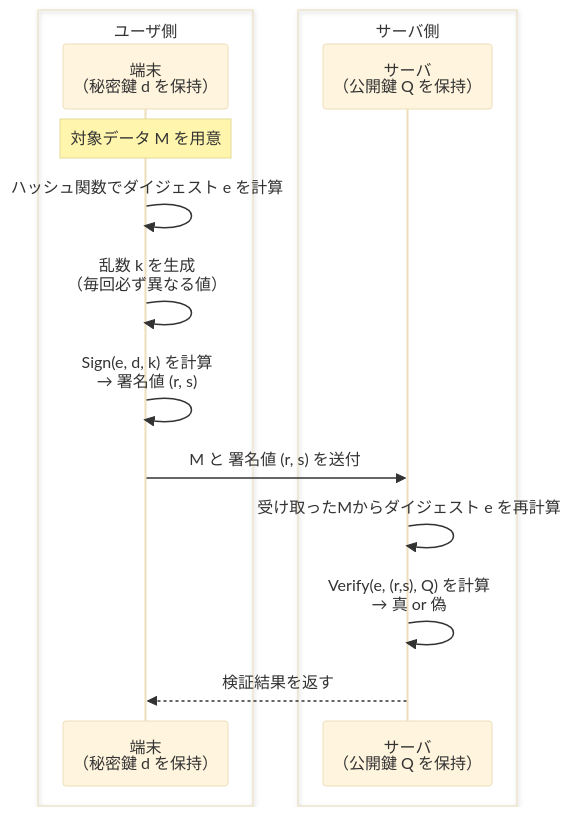
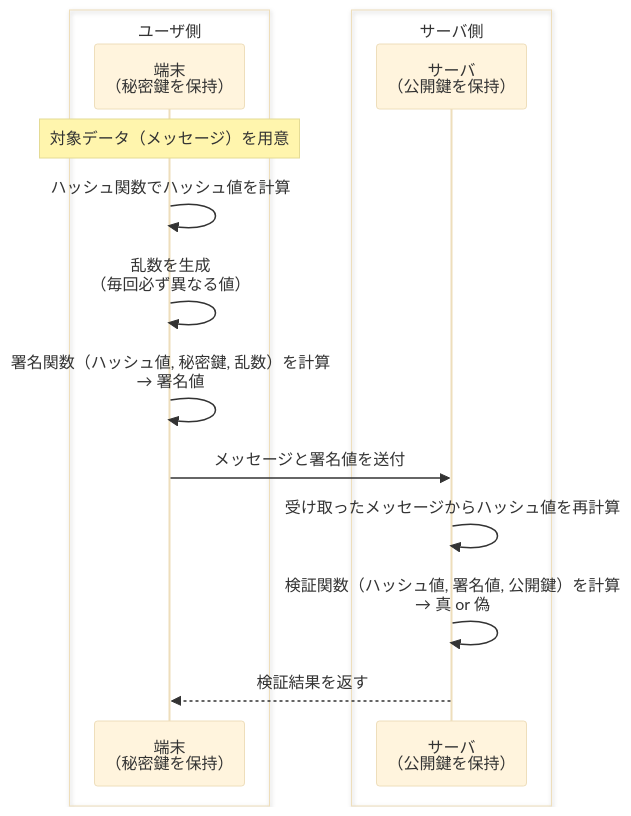
One commit to Bassiy/share_knowledge changed the diagram in concepts/ecdsa_dsa.md. Above: the diagram before and after it, drawn with Mermaid (base theme). The commit also changed other lines of this file, not shown here.

Commit message:
sync: update from info repo

````diff
--- a/concepts/ecdsa_dsa.md
+++ b/concepts/ecdsa_dsa.md
@@ -10,19 +10,19 @@
 ```mermaid
 sequenceDiagram
     box ユーザ側
-    participant Device as 端末<br/>（秘密鍵 d を保持）
+    participant Device as 端末<br/>（秘密鍵を保持）
     end
     box サーバ側
-    participant Server as サーバ<br/>（公開鍵 Q を保持）
+    participant Server as サーバ<br/>（公開鍵を保持）
     end
 
-    Note over Device: 対象データ M を用意
-    Device->>Device: ハッシュ関数でダイジェスト e を計算
-    Device->>Device: 乱数 k を生成<br/>（毎回必ず異なる値）
-    Device->>Device: Sign(e, d, k) を計算<br/>→ 署名値 (r, s)
-    Device->>Server: M と 署名値 (r, s) を送付
+    Note over Device: 対象データ（メッセージ）を用意
+    Device->>Device: ハッシュ関数でハッシュ値を計算
+    Device->>Device: 乱数を生成<br/>（毎回必ず異なる値）
+    Device->>Device: 署名関数（ハッシュ値, 秘密鍵, 乱数）を計算<br/>→ 署名値
+    Device->>Server: メッセージと署名値を送付
 
-    Server->>Server: 受け取ったMからダイジェスト e を再計算
-    Server->>Server: Verify(e, (r,s), Q) を計算<br/>→ 真 or 偽
+    Server->>Server: 受け取ったメッセージからハッシュ値を再計算
+    Server->>Server: 検証関数（ハッシュ値, 署名値, 公開鍵）を計算<br/>→ 真 or 偽
     Server-->>Device: 検証結果を返す
 ```
````
